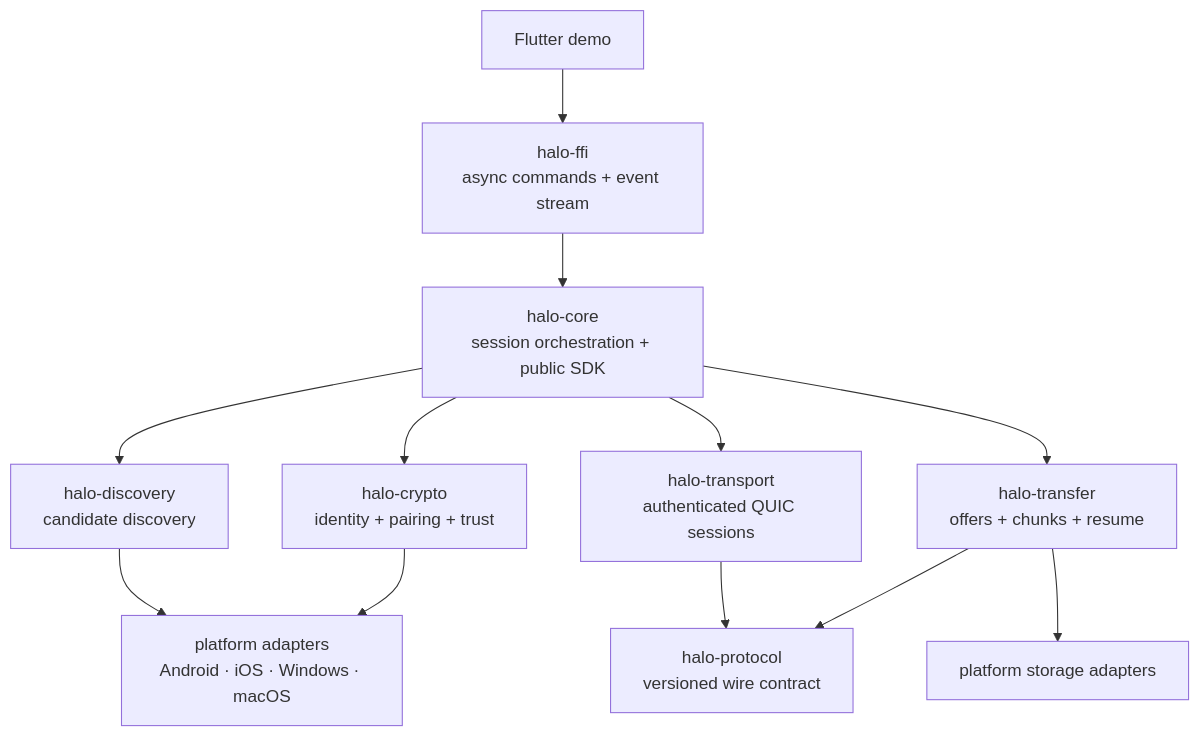
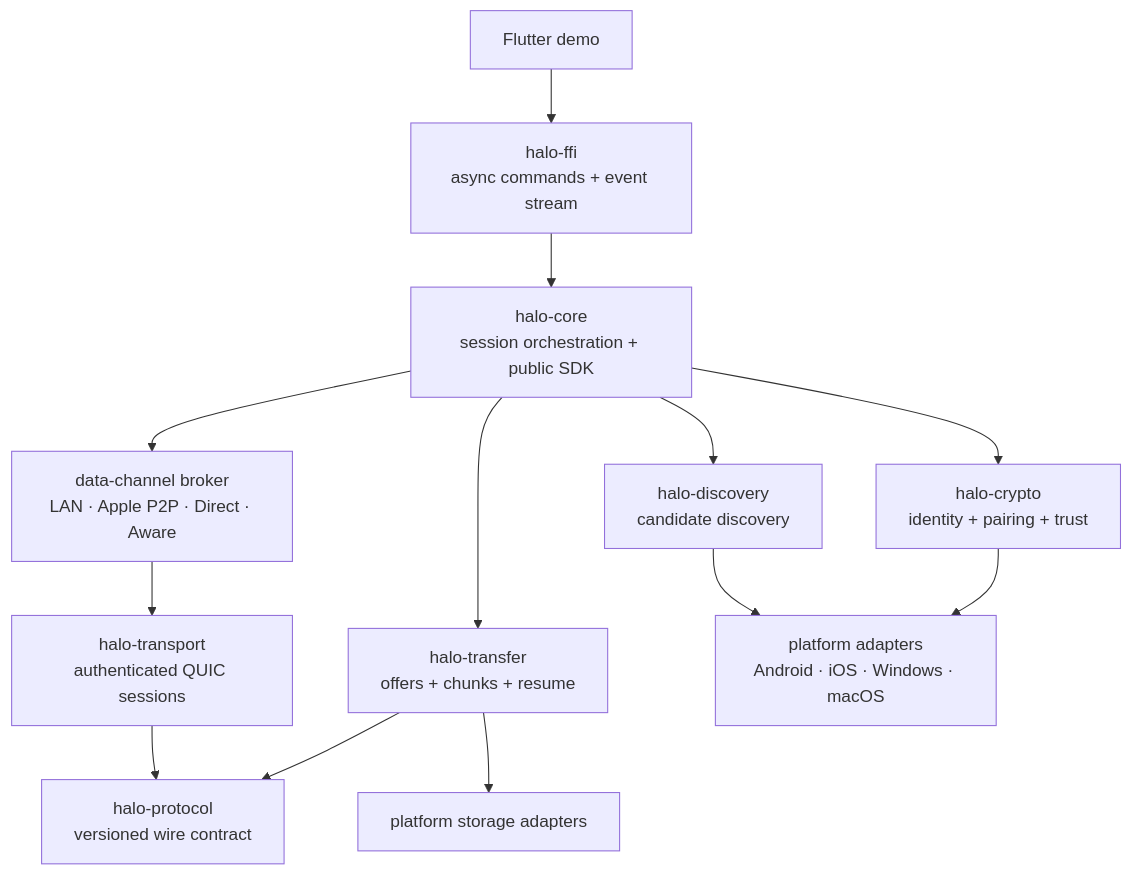
Before and after one commit to huarangmeng/Halo: the first of 2 diagrams in README.md, drawn with Mermaid. The commit also changed other lines of this file and 70 other files, not shown here.

````diff
--- a/README.md
+++ b/README.md
@@ -142,14 +162,15 @@
 ```mermaid
 flowchart TB
     UI["Flutter demo"] --> FFI["halo-ffi\nasync commands + event stream"]
     FFI --> Core["halo-core\nsession orchestration + public SDK"]
     Core --> Discovery["halo-discovery\ncandidate discovery"]
     Core --> Crypto["halo-crypto\nidentity + pairing + trust"]
-    Core --> Transport["halo-transport\nauthenticated QUIC sessions"]
+    Core --> Channels["data-channel broker\nLAN · Apple P2P · Direct · Aware"]
+    Channels --> Transport["halo-transport\nauthenticated QUIC sessions"]
     Core --> Transfer["halo-transfer\noffers + chunks + resume"]
     Discovery --> Adapters["platform adapters\nAndroid · iOS · Windows · macOS"]
     Crypto --> Adapters
     Transfer --> Storage["platform storage adapters"]
     Transport --> Protocol["halo-protocol\nversioned wire contract"]
     Transfer --> Protocol
 ```
````
